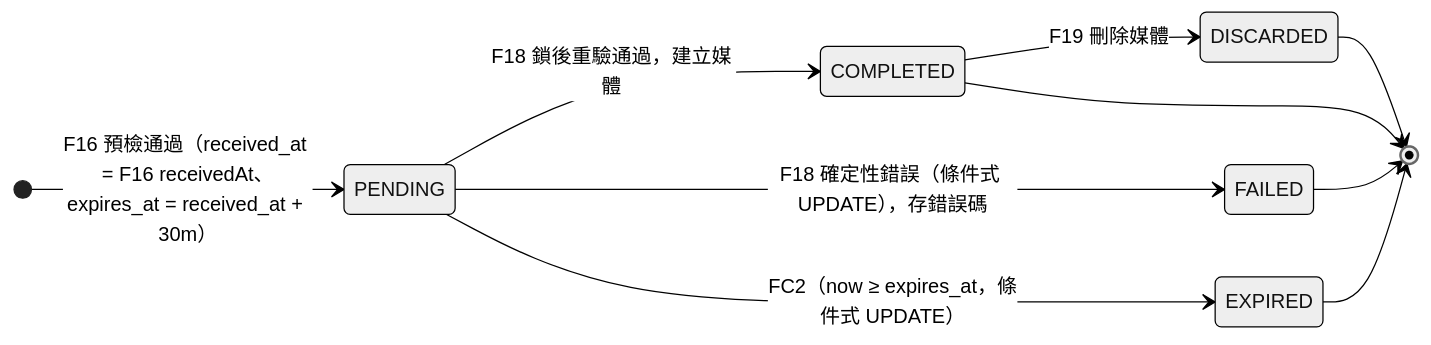
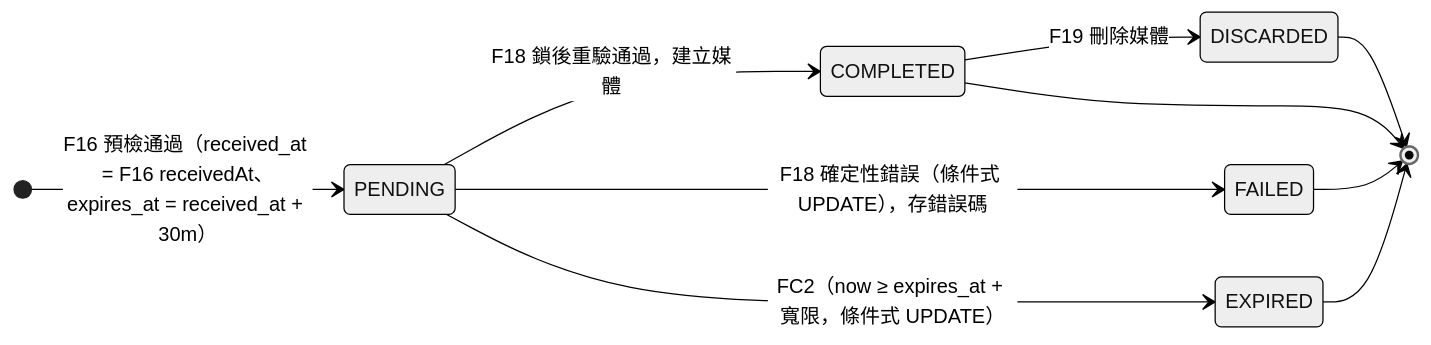
Before and after one commit to willchiangch/cat-sitter-project: the third of 7 diagrams in docs/sd/SD-FULFILL.md, drawn with Mermaid (neutral theme). The commit also changed other lines of this file and 10 other files, not shown here.

````diff
--- a/docs/sd/SD-FULFILL.md
+++ b/docs/sd/SD-FULFILL.md
@@ -258,13 +258,13 @@
 ```mermaid
 stateDiagram-v2
     direction LR
     [*] --> PENDING: F16 預檢通過（received_at = F16 receivedAt、expires_at = received_at + 30m）
     PENDING --> COMPLETED: F18 鎖後重驗通過，建立媒體
     PENDING --> FAILED: F18 確定性錯誤（條件式 UPDATE），存錯誤碼
-    PENDING --> EXPIRED: FC2（now ≥ expires_at，條件式 UPDATE）
+    PENDING --> EXPIRED: FC2（now ≥ expires_at + 寬限，條件式 UPDATE）
     COMPLETED --> DISCARDED: F19 刪除媒體
     COMPLETED --> [*]
     FAILED --> [*]
     EXPIRED --> [*]
     DISCARDED --> [*]
 ```
````
